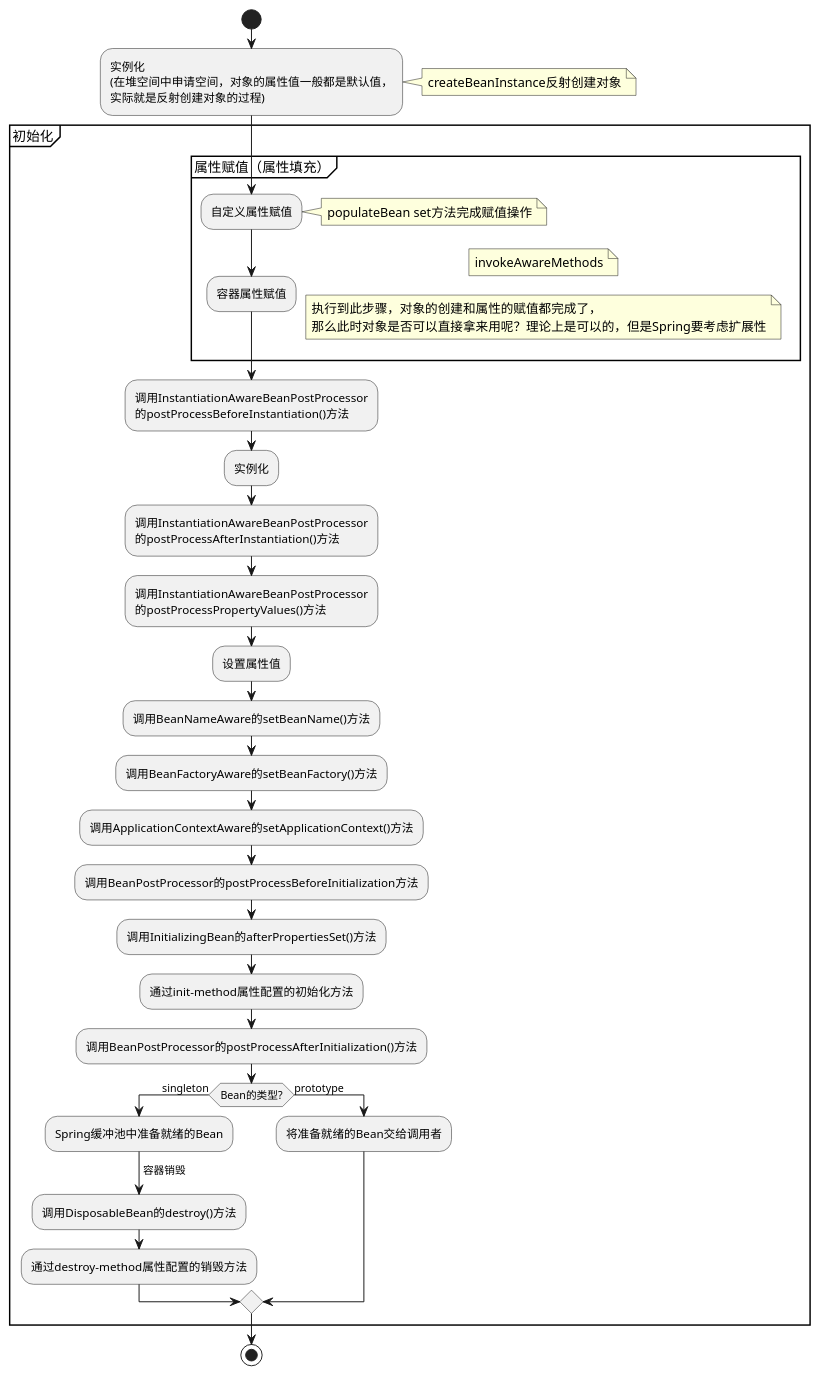
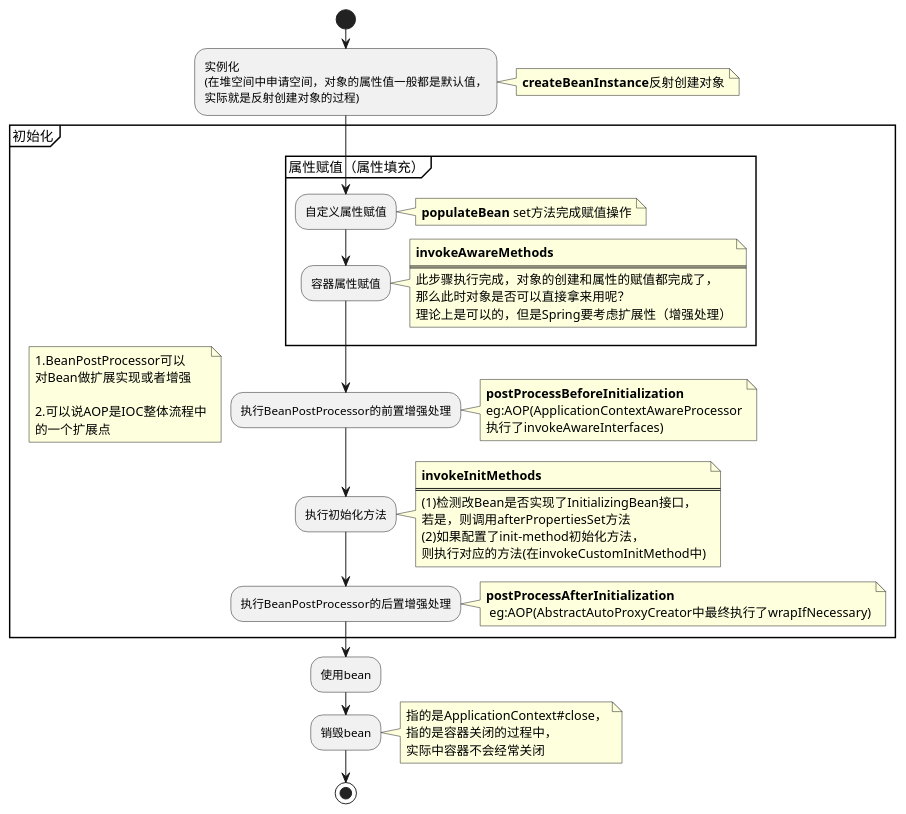
The diagram in src-code-read-note/spring-note-puml/Spring之Bean生命周期.puml (zhifenghao123/spring-framework-5.3.x), drawn with PlantUML before and after one commit. The commit also changed 1 other file, not shown here.

Commit message:
新增Spring Bean生命周期图

```diff
--- a/src-code-read-note/spring-note-puml/Spring之Bean生命周期.puml
+++ b/src-code-read-note/spring-note-puml/Spring之Bean生命周期.puml
@@ -1,42 +1,69 @@
 @startuml
 'https://plantuml.com/activity-diagram-beta
 start
 :实例化
 (在堆空间中申请空间，对象的属性值一般都是默认值，
 实际就是反射创建对象的过程);
-note right:createBeanInstance反射创建对象
+note right
+<b>createBeanInstance</b>反射创建对象
+end note
 group 初始化
+
+floating note left
+1.BeanPostProcessor可以
+对Bean做扩展实现或者增强
+
+2.可以说AOP是IOC整体流程中
+的一个扩展点
+end note
+
 group 属性赋值（属性填充）
 :自定义属性赋值;
-note right:populateBean set方法完成赋值操作
+note right
+<b>populateBean</b> set方法完成赋值操作
+end note
+
 :容器属性赋值;
-note right:invokeAwareMethods
+note right
+<b>invokeAwareMethods</b>
+====
+此步骤执行完成，对象的创建和属性的赋值都完成了，
+那么此时对象是否可以直接拿来用呢？
+理论上是可以的，但是Spring要考虑扩展性（增强处理）
+end note
 end group
-note right:执行到此步骤，对象的创建和属性的赋值都完成了，\n那么此时对象是否可以直接拿来用呢？理论上是可以的，但是Spring要考虑扩展性
-:调用InstantiationAwareBeanPostProcessor
-的postProcessBeforeInstantiation()方法;
-:实例化;
-:调用InstantiationAwareBeanPostProcessor
-的postProcessAfterInstantiation()方法;
-:调用InstantiationAwareBeanPostProcessor
-的postProcessPropertyValues()方法;
-:设置属性值;
-:调用BeanNameAware的setBeanName()方法;
-:调用BeanFactoryAware的setBeanFactory()方法;
-:调用ApplicationContextAware的setApplicationContext()方法;
-:调用BeanPostProcessor的postProcessBeforeInitialization方法;
-:调用InitializingBean的afterPropertiesSet()方法;
-:通过init-method属性配置的初始化方法;
-:调用BeanPostProcessor的postProcessAfterInitialization()方法;
-if (Bean的类型?) then (singleton)
-    :Spring缓冲池中准备就绪的Bean;
-    ->容器销毁;
-    :调用DisposableBean的destroy()方法;
-    :通过destroy-method属性配置的销毁方法;
-else (prototype)
-    :将准备就绪的Bean交给调用者;
-endif
+
+:执行BeanPostProcessor的前置增强处理;
+note right
+<b>postProcessBeforeInitialization</b>
+eg:AOP(ApplicationContextAwareProcessor
+执行了invokeAwareInterfaces)
+end note
+
+:执行初始化方法;
+note right
+<b>invokeInitMethods</b>
+====
+(1)检测改Bean是否实现了InitializingBean接口，
+若是，则调用afterPropertiesSet方法
+(2)如果配置了init-method初始化方法，
+则执行对应的方法(在invokeCustomInitMethod中)
+end note
+
+
+:执行BeanPostProcessor的后置增强处理;
+note right
+<b>postProcessAfterInitialization</b>
+ eg:AOP(AbstractAutoProxyCreator中最终执行了wrapIfNecessary)
+end note
 end group
+:使用bean;
+:销毁bean;
+note right
+指的是ApplicationContext#close，
+指的是容器关闭的过程中，
+实际中容器不会经常关闭
+end note
 stop
 
 @enduml
```
